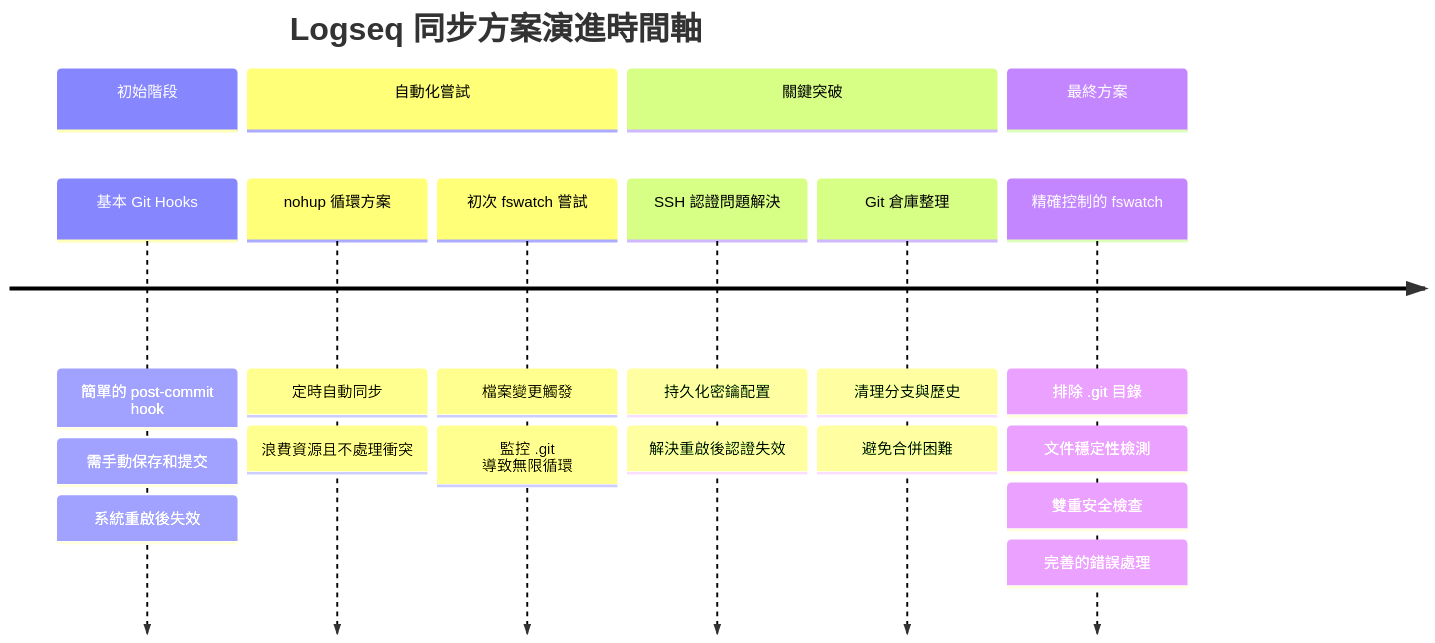
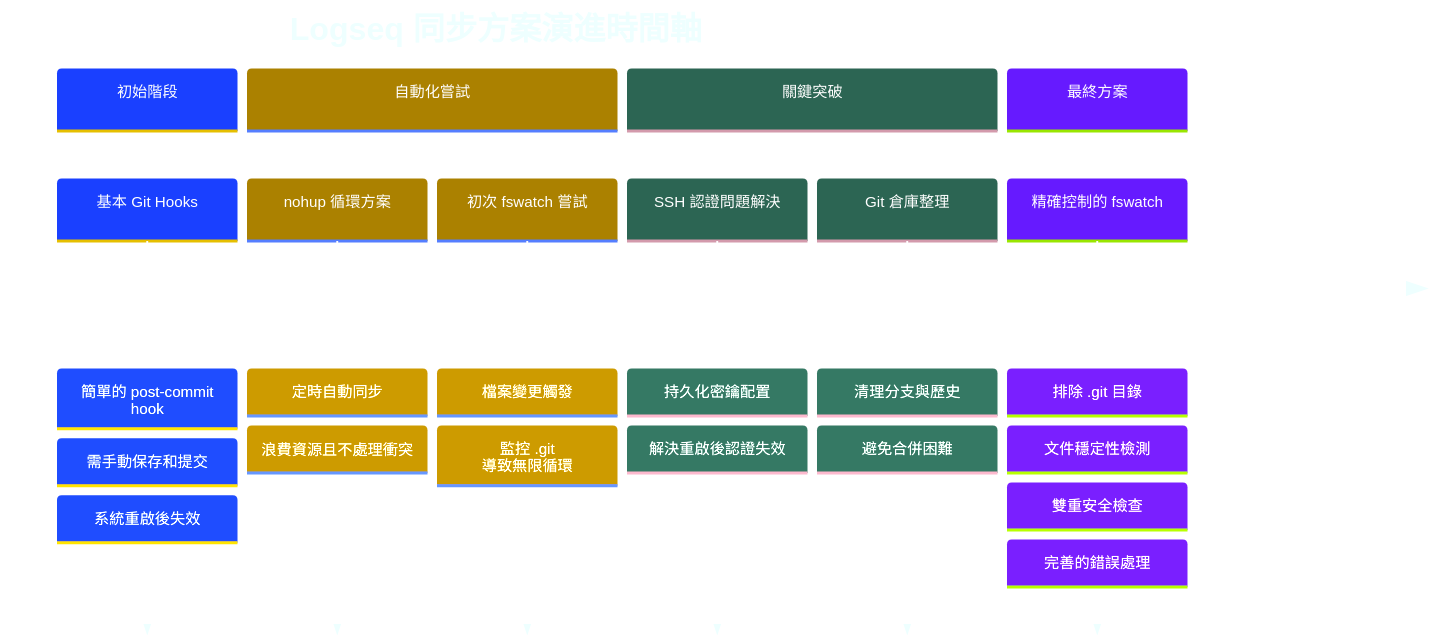
The first of 2 diagrams in Logseq同步方案演進記錄.md (GengGeng026/Sync-Logseq), drawn with Mermaid before and after one commit.

Commit message:
Auto-sync: Wed Mar 26 09:16:17 +08 2025

````diff
--- a/Logseq同步方案演進記錄.md
+++ b/Logseq同步方案演進記錄.md
@@ -24,38 +24,44 @@
 ```mermaid
 %%{init: {
   'theme': 'base', 
   'themeVariables': {
     'primaryColor': '#99AAFF',
     'secondaryColor': '#FFCB2B',
     'tertiaryColor': '#59B79A',
     'primaryTextColor': '#FFFFFF',
     'primaryBorderColor': '#59B79A',
     'lineColor': '#C792EA',
     'background': 'transparent',
     'textColor': '#EEFFFF',
     'nodeBorder': '#59B79A',
-    'clusterBkg': 'transparent
+    'clusterBkg': 'transparent',
+    'titleColor': '#EEFFFF',
+    'sectionBkgColor': '#273747',
+    'sectionBkgColor2': '#334455',
+    'sectionBkgColor3': '#3A4A5A',
+    'sectionBkgColor4': '#42546A',
+    'sectionBkgColor5': '#4B5E78'
   }
 }}%%
 timeline
     title Logseq 同步方案演進時間軸
     section 初始階段
         基本 Git Hooks : 簡單的 post-commit hook
         : 需手動保存和提交
         : 系統重啟後失效
     section 自動化嘗試
         nohup 循環方案 : 定時自動同步
         : 浪費資源且不處理衝突
         初次 fswatch 嘗試 : 檔案變更觸發
         : 監控 .git 導致無限循環
     section 關鍵突破
         SSH 認證問題解決 : 持久化密鑰配置
         : 解決重啟後認證失效
         Git 倉庫整理 : 清理分支與歷史
         : 避免合併困難
     section 最終方案
         精確控制的 fswatch : 排除 .git 目錄
         : 文件穩定性檢測
         : 雙重安全檢查
         : 完善的錯誤處理
 ```
````
